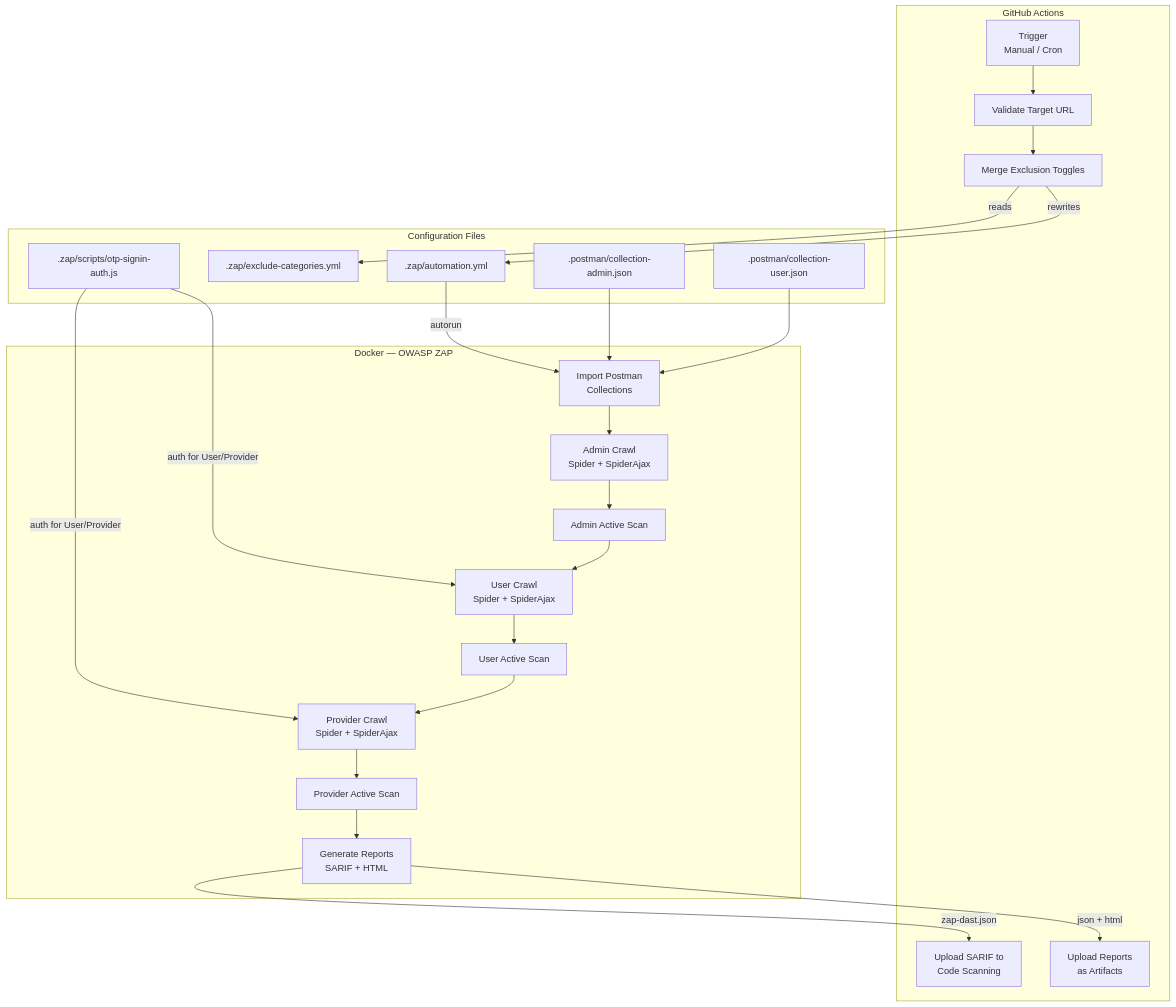
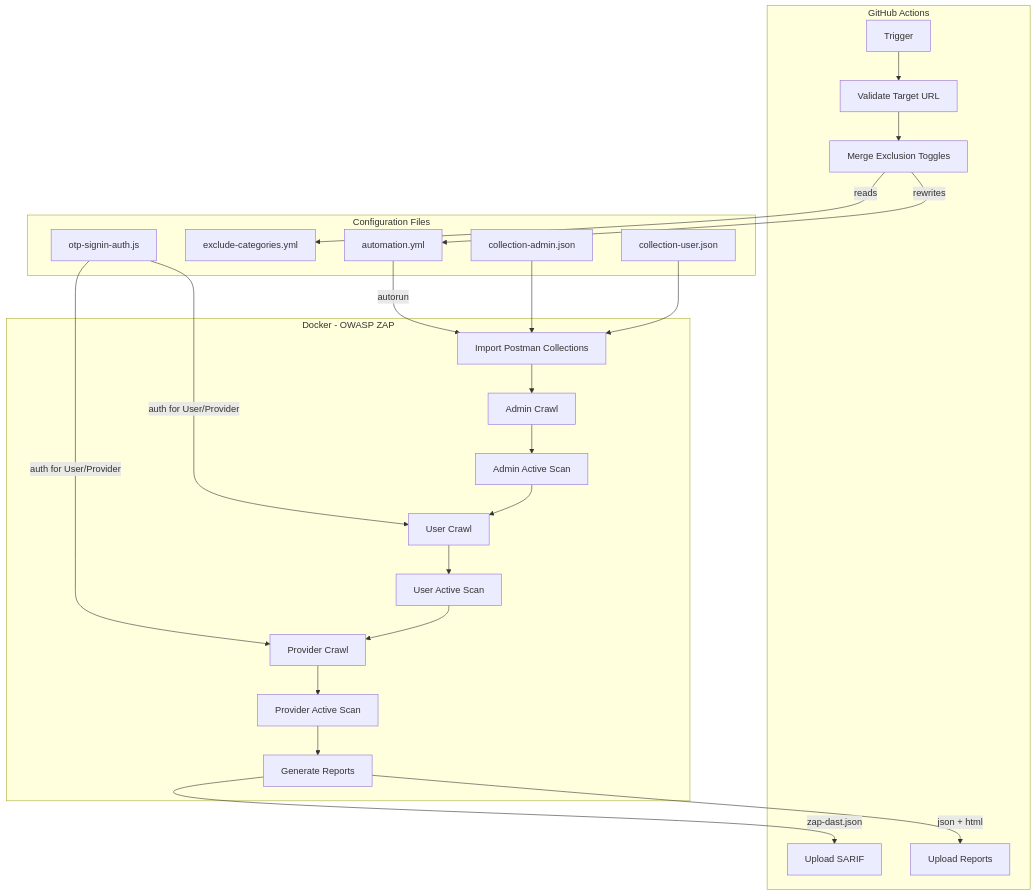
Before and after one commit to shubbbbyyyy/DASTSCANNER: the diagram in docs/README.md, drawn with Mermaid. The commit also changed 6 other files, not shown here.

First line of the commit message:
Fix Mermaid rendering issues across all docs

````diff
--- a/docs/README.md
+++ b/docs/README.md
@@ -36,44 +36,44 @@
 ```mermaid
 graph TB
-    subgraph "GitHub Actions"
-        TRIGGER[Trigger<br/>Manual / Cron]
+    subgraph GitHub Actions
+        TRIGGER[Trigger]
         VALIDATE[Validate Target URL]
         MERGE[Merge Exclusion Toggles]
-        UPLOAD_SARIF[Upload SARIF to<br/>Code Scanning]
-        UPLOAD_ARTIFACT[Upload Reports<br/>as Artifacts]
+        UPLOAD_SARIF[Upload SARIF]
+        UPLOAD_ARTIFACT[Upload Reports]
     end
 
-    subgraph "Configuration Files"
-        AUTOMATION[".zap/automation.yml"]
-        EXCLUDE[".zap/exclude-categories.yml"]
-        OTP_SCRIPT[".zap/scripts/otp-signin-auth.js"]
-        POSTMAN_ADMIN[".postman/collection-admin.json"]
-        POSTMAN_USER[".postman/collection-user.json"]
+    subgraph Configuration Files
+        AUTOMATION[automation.yml]
+        EXCLUDE[exclude-categories.yml]
+        OTP_SCRIPT[otp-signin-auth.js]
+        POSTMAN_ADMIN[collection-admin.json]
+        POSTMAN_USER[collection-user.json]
     end
 
-    subgraph "Docker — OWASP ZAP"
-        IMPORT[Import Postman<br/>Collections]
-        ADMIN_CRAWL[Admin Crawl<br/>Spider + SpiderAjax]
+    subgraph Docker - OWASP ZAP
+        IMPORT[Import Postman Collections]
+        ADMIN_CRAWL[Admin Crawl]
         ADMIN_SCAN[Admin Active Scan]
-        USER_CRAWL[User Crawl<br/>Spider + SpiderAjax]
+        USER_CRAWL[User Crawl]
         USER_SCAN[User Active Scan]
-        PROVIDER_CRAWL[Provider Crawl<br/>Spider + SpiderAjax]
+        PROVIDER_CRAWL[Provider Crawl]
         PROVIDER_SCAN[Provider Active Scan]
-        REPORT_GEN[Generate Reports<br/>SARIF + HTML]
+        REPORT_GEN[Generate Reports]
     end
 
     TRIGGER --> VALIDATE --> MERGE
-    MERGE -->|"rewrites"| AUTOMATION
-    MERGE -->|"reads"| EXCLUDE
-    AUTOMATION -->|"autorun"| IMPORT
-    OTP_SCRIPT -->|"auth for User/Provider"| USER_CRAWL
-    OTP_SCRIPT -->|"auth for User/Provider"| PROVIDER_CRAWL
+    MERGE -->|rewrites| AUTOMATION
+    MERGE -->|reads| EXCLUDE
+    AUTOMATION -->|autorun| IMPORT
+    OTP_SCRIPT -->|auth for User/Provider| USER_CRAWL
+    OTP_SCRIPT -->|auth for User/Provider| PROVIDER_CRAWL
     POSTMAN_ADMIN --> IMPORT
     POSTMAN_USER --> IMPORT
     IMPORT --> ADMIN_CRAWL --> ADMIN_SCAN
     ADMIN_SCAN --> USER_CRAWL --> USER_SCAN
     USER_SCAN --> PROVIDER_CRAWL --> PROVIDER_SCAN
     PROVIDER_SCAN --> REPORT_GEN
-    REPORT_GEN -->|"zap-dast.json"| UPLOAD_SARIF
-    REPORT_GEN -->|"json + html"| UPLOAD_ARTIFACT
+    REPORT_GEN -->|zap-dast.json| UPLOAD_SARIF
+    REPORT_GEN -->|json + html| UPLOAD_ARTIFACT
 ```
````
